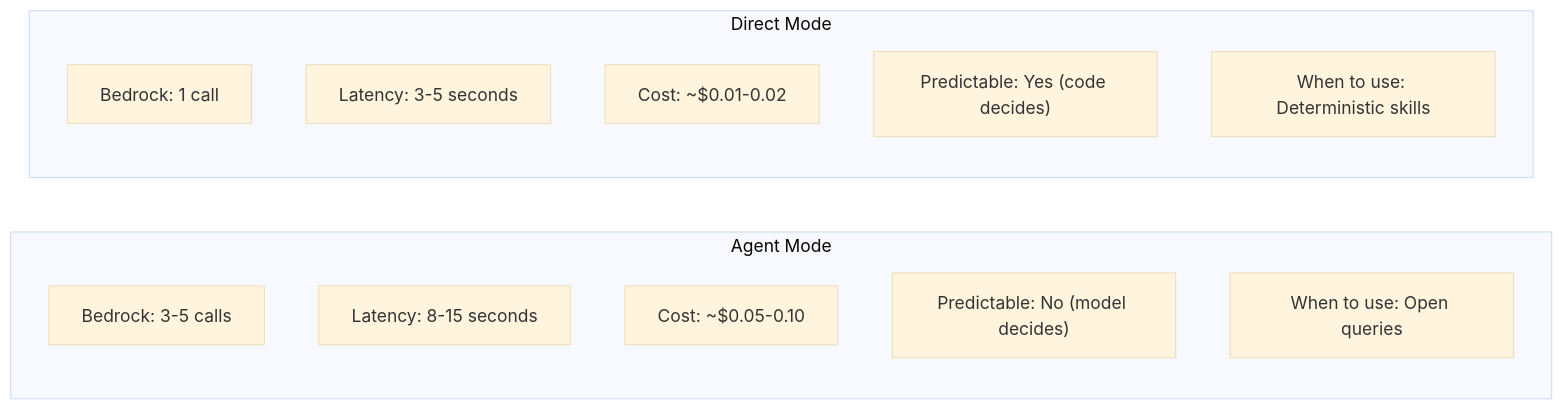
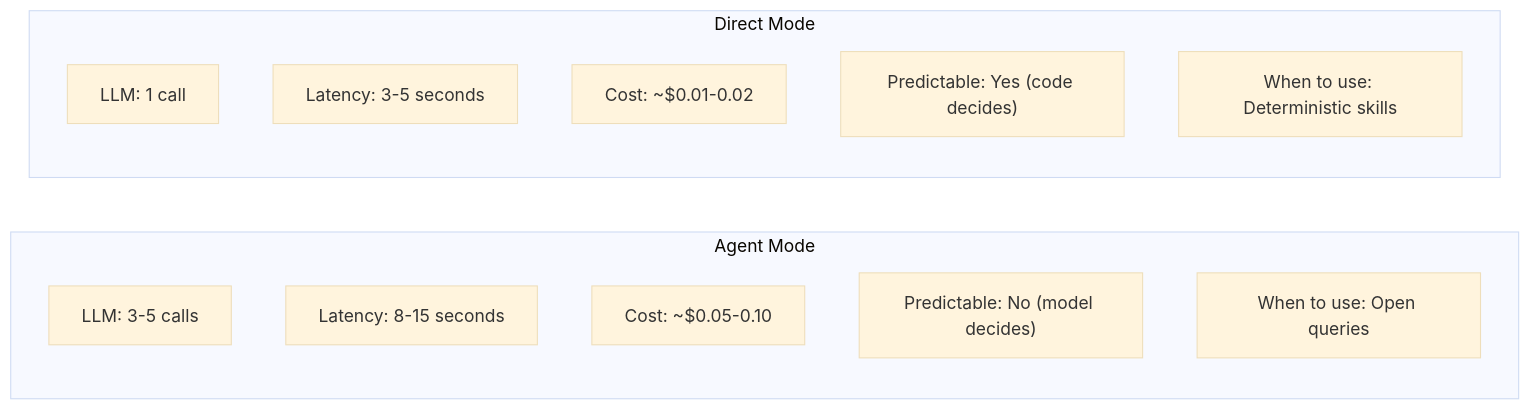
One commit to phbruce/agentrun changed diagram 30 of 31 in docs/book/agentrun-book.md. Above: the diagram before and after it, drawn with Mermaid (base theme). The commit also changed other lines of this file, not shown here.

````diff
--- a/docs/book/agentrun-book.md
+++ b/docs/book/agentrun-book.md
@@ -4695,18 +4716,18 @@
 ```mermaid
 graph LR
     subgraph AGENT["Agent Mode"]
-        A1["Bedrock: 3-5 calls"]
+        A1["LLM: 3-5 calls"]
         A2["Latency: 8-15 seconds"]
         A3["Cost: ~$0.05-0.10"]
         A4["Predictable: No (model decides)"]
         A5["When to use: Open queries"]
     end
 
     subgraph DIRECT["Direct Mode"]
-        D1["Bedrock: 1 call"]
+        D1["LLM: 1 call"]
         D2["Latency: 3-5 seconds"]
         D3["Cost: ~$0.01-0.02"]
         D4["Predictable: Yes (code decides)"]
         D5["When to use: Deterministic skills"]
     end
 ```
````
